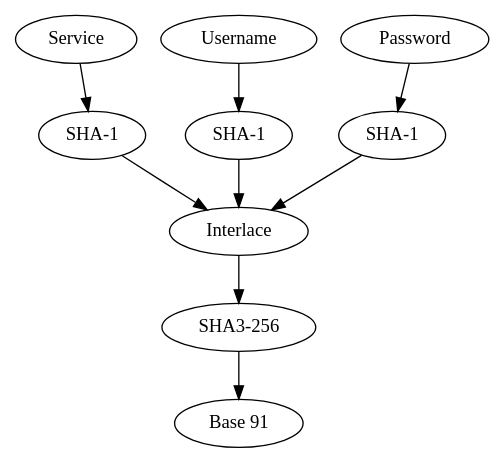
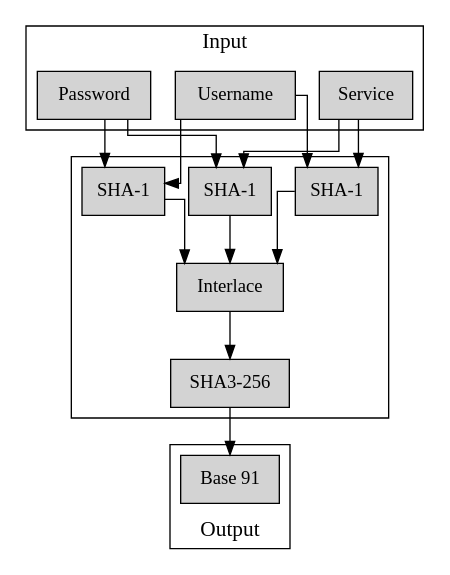
One commit to mbednarek360/passplexer changed the diagram in diagram.dot. Above: the diagram before and after it, drawn with Graphviz. The commit also changed 5 other files, not shown here.

```diff
--- a/diagram.dot
+++ b/diagram.dot
@@ -1,31 +1,56 @@
 digraph d {
 
-    // input nodes
-    s [label = "Service"];
-    u [label = "Username"];
-    p [label = "Password"];
+    // settings
+    graph [fontsize=16 compound=true, splines=ortho];
+    node [shape=rect fontsize=14, style=filled];
 
-    // hash nodes
-    sh [label = "SHA-1"];
-    uh [label = "SHA-1"];
-    ph [label = "SHA-1"];
+    // inputs
+    subgraph cluster_input {
 
-    // hash inputs
-    s -> sh
-    u -> uh
-    p -> ph
+        // label
+        label = "Input";
 
-    // interlace
-    i [label = "Interlace"];
-    sh -> i
-    uh -> i
-    ph -> i
+        // input nodes
+        s [label = "Service"];
+        u [label = "Username"];
+        p [label = "Password"];
 
-    // final hash
-    fh [label = "SHA3-256"];
-    i -> fh
 
-    // encoding
-    out [label = "Base 91"];
-    fh -> out;
+    }
+
+    // hashes
+    subgraph cluster_hash {
+
+        // hash nodes
+        sh [label = "SHA-1"];
+        uh [label = "SHA-1"];
+        ph [label = "SHA-1"];
+
+        // hash inputs
+        s -> {sh, uh}
+        u -> {uh, ph}
+        p -> {ph, sh}
+
+        // interlace
+        i [label = "Interlace"];
+        sh -> i
+        uh -> i
+        ph -> i
+
+        // final hash
+        fh [label = "SHA3-256"];
+        i -> fh
+    }
+
+    // output
+    subgraph cluster_output {
+
+        // label
+        label = "Output"
+        labelloc="b"
+
+        // encoding
+        out [label = "Base 91"];
+        fh -> out;
+    }
 }
```
